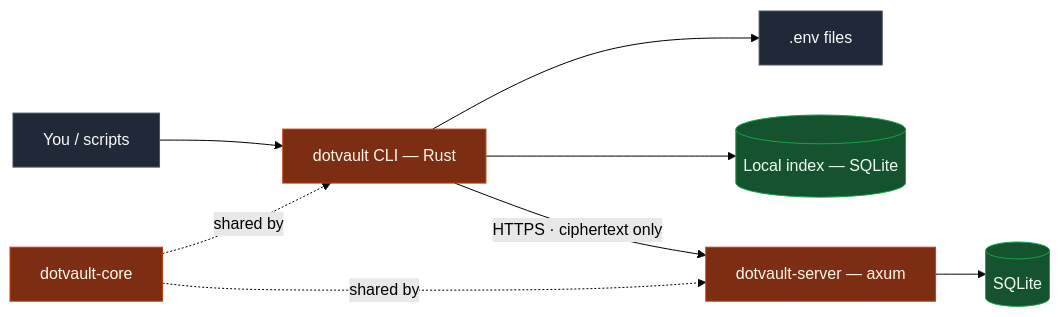
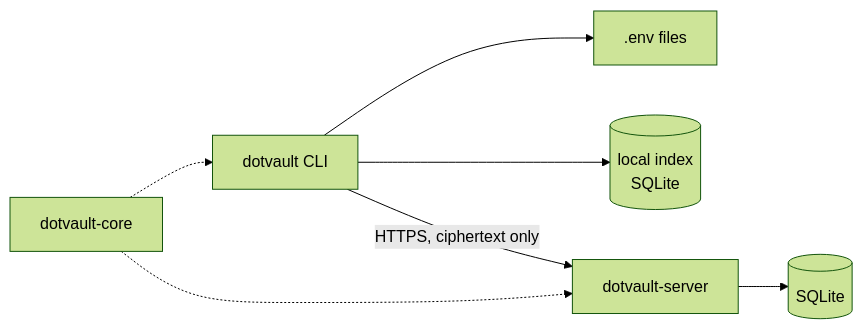
Before and after one commit to YatharthKaushal/dotvault: the first of 3 diagrams in ARCHITECTURE.md, drawn with Mermaid (forest theme). The commit also changed other lines of this file and 10 other files, not shown here.

````diff
--- a/ARCHITECTURE.md
+++ b/ARCHITECTURE.md
@@ -79,19 +16,9 @@
 ```mermaid
 flowchart LR
-    YOU["You / scripts"] --> CLI["dotvault CLI — Rust"]
-    CLI --> FILES[".env files"]
-    CLI --> IDX[("Local index — SQLite")]
-    CLI -- "HTTPS · ciphertext only" --> SRV["dotvault-server — axum"]
+    CLI["dotvault CLI"] --> FILES[".env files"]
+    CLI --> IDX[("local index<br/>SQLite")]
+    CLI -- "HTTPS, ciphertext only" --> SRV["dotvault-server"]
     SRV --> DB[("SQLite")]
-
-    CORE["dotvault-core"]
-    CORE -. "shared by" .-> CLI
-    CORE -. "shared by" .-> SRV
-
-    classDef native fill:#1f2937,stroke:#4b5563,color:#f9fafb
-    classDef rust fill:#7c2d12,stroke:#c2410c,color:#fff7ed
-    classDef store fill:#14532d,stroke:#16a34a,color:#f0fdf4
-    class YOU,FILES native
-    class CLI,SRV,CORE rust
-    class IDX,DB store
+    CORE["dotvault-core"] -.-> CLI
+    CORE -.-> SRV
 ```
````
